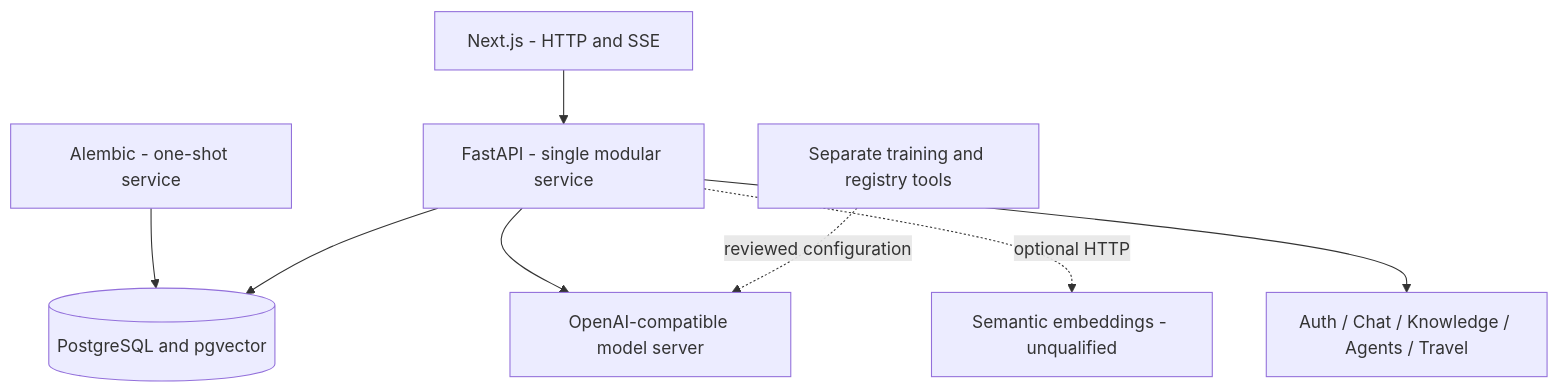
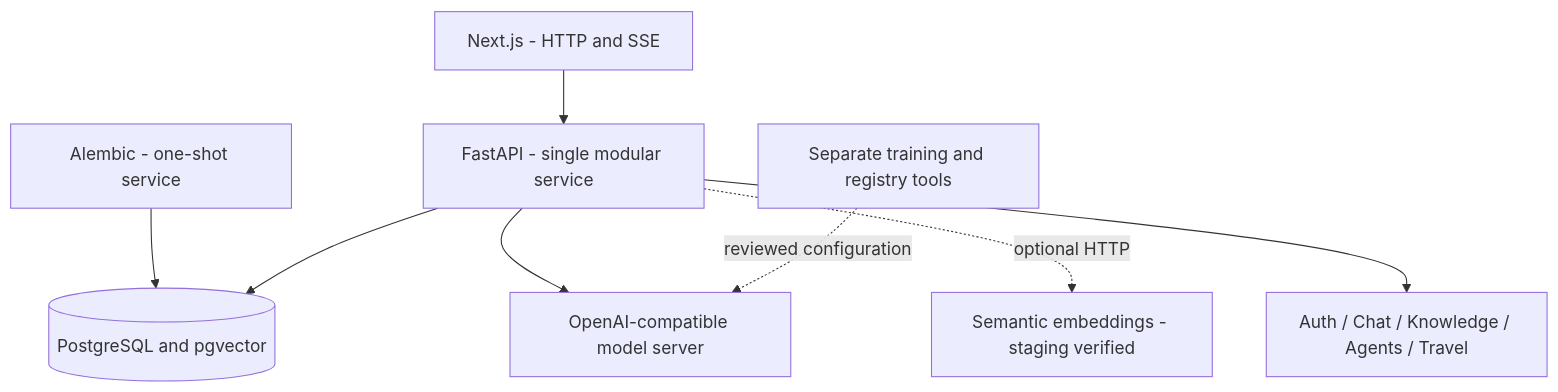
The diagram in docs/diagrams/components.mmd (DruHustle/onesa-ai-platform), drawn with Mermaid before and after one commit. The commit also changed 88 other files, not shown here.

Commit message:
Add visual engineering onboarding and current deployment architecture

```diff
--- a/docs/diagrams/components.mmd
+++ b/docs/diagrams/components.mmd
@@ -1,8 +1,8 @@
 flowchart TB
   Web[Next.js - HTTP and SSE] --> API[FastAPI - single modular service]
   Migration[Alembic - one-shot service] --> PG[(PostgreSQL and pgvector)]
   API --> PG
   API --> Model[OpenAI-compatible model server]
-  API -. optional HTTP .-> Embeddings[Semantic embeddings - unqualified]
+  API -. optional HTTP .-> Embeddings[Semantic embeddings - staging verified]
   API --> Modules[Auth / Chat / Knowledge / Agents / Travel]
   Offline[Separate training and registry tools] -. reviewed configuration .-> Model
```
